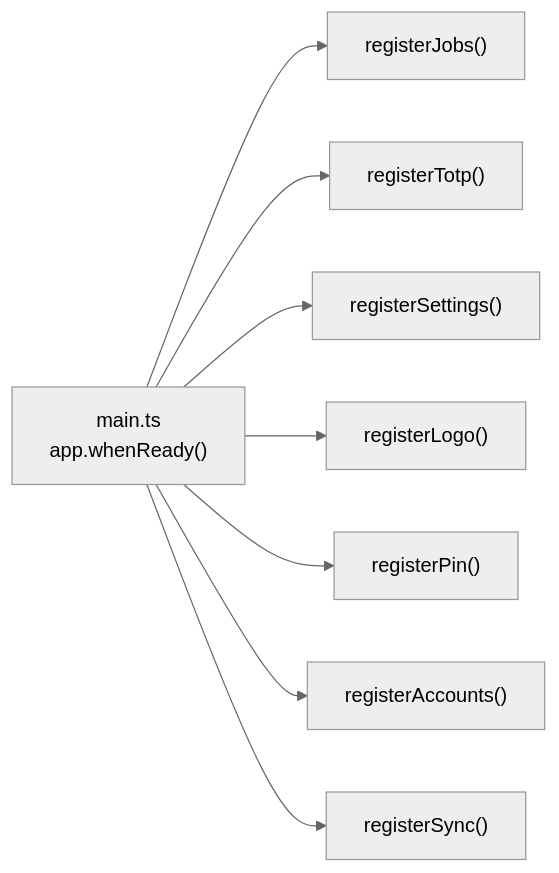
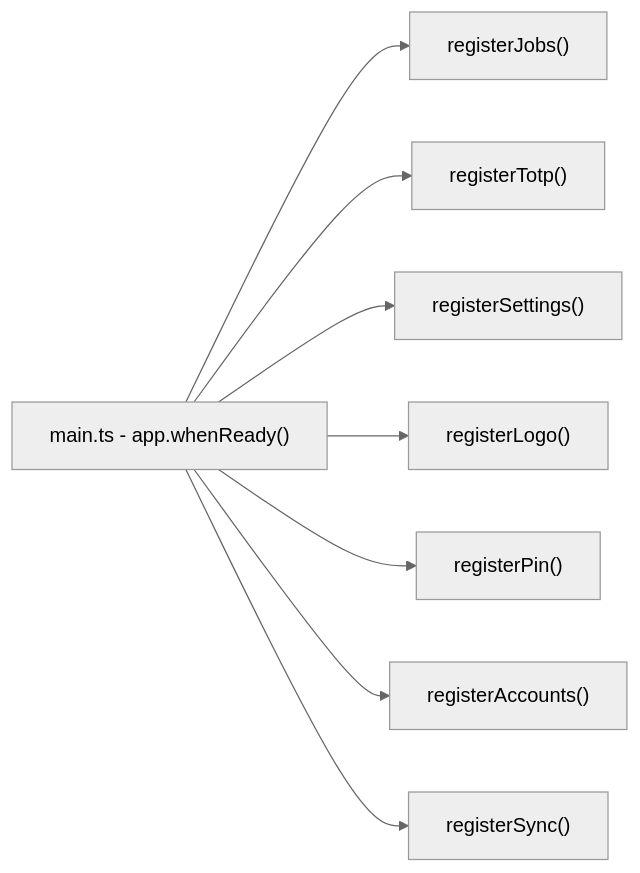
Before and after one commit to yassine808/drive-vault-app: the second of 10 diagrams in README.md, drawn with Mermaid (neutral theme). The commit also changed other lines of this file, not shown here.

Commit message:
fix: mermaid subgraph title parse error and newline in labels

````diff
--- a/README.md
+++ b/README.md
@@ -172,19 +172,19 @@
 ```mermaid
 graph LR
-    E["main.ts\napp.whenReady()"]
+    E["main.ts - app.whenReady()"]
     J["registerJobs()"]
     T["registerTotp()"]
     S["registerSettings()"]
     L["registerLogo()"]
     P["registerPin()"]
     A["registerAccounts()"]
     SY["registerSync()"]
 
     E --> J
     E --> T
     E --> S
     E --> L
     E --> P
     E --> A
     E --> SY
 ```
````
